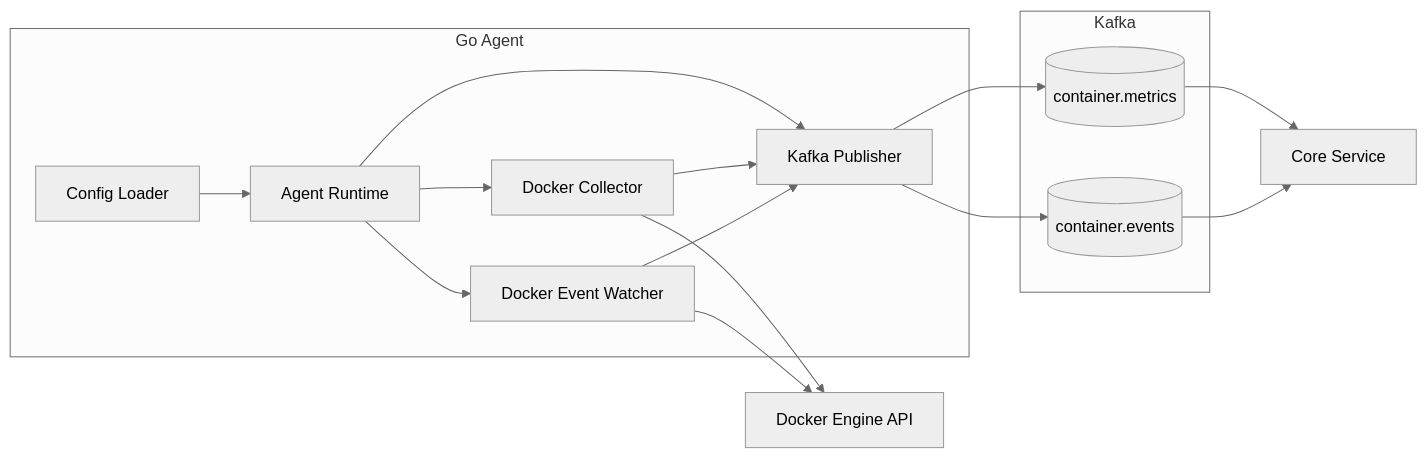
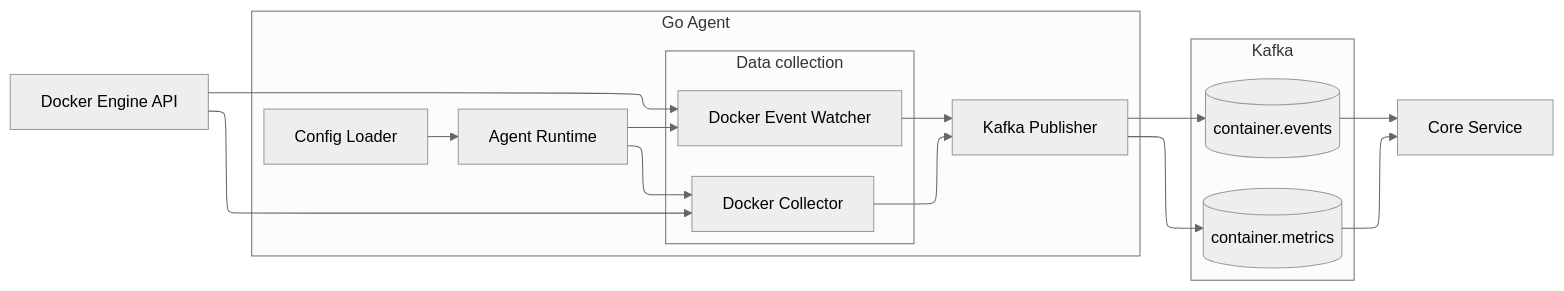
The first of 24 diagrams in docs/uml-diagrams.md (MTXIK/container-monitoring), drawn with Mermaid (neutral theme) before and after one commit. The commit also changed other lines of this file, not shown here.

Commit message:
update diagrams

````diff
--- a/docs/uml-diagrams.md
+++ b/docs/uml-diagrams.md
@@ -11,32 +11,37 @@
 ```mermaid
+%%{init: {"flowchart": {"defaultRenderer": "elk"}} }%%
 flowchart LR
     DockerAPI["Docker Engine API"]
 
     subgraph Agent["Go Agent"]
+        direction TB
         ConfigLoader["Config Loader"]
         Runtime["Agent Runtime"]
-        DockerCollector["Docker Collector"]
-        EventWatcher["Docker Event Watcher"]
+        subgraph Collectors["Data collection"]
+            direction TB
+            DockerCollector["Docker Collector"]
+            EventWatcher["Docker Event Watcher"]
+        end
         KafkaPublisher["Kafka Publisher"]
     end
 
     subgraph Kafka["Kafka"]
+        direction TB
         MetricsTopic[("container.metrics")]
         EventsTopic[("container.events")]
     end
 
     Core["Core Service"]
 
     ConfigLoader --> Runtime
     Runtime --> DockerCollector
     Runtime --> EventWatcher
-    Runtime --> KafkaPublisher
-    DockerCollector --> DockerAPI
-    EventWatcher --> DockerAPI
+    DockerAPI --> DockerCollector
+    DockerAPI --> EventWatcher
     DockerCollector --> KafkaPublisher
     EventWatcher --> KafkaPublisher
     KafkaPublisher --> MetricsTopic
     KafkaPublisher --> EventsTopic
     MetricsTopic --> Core
     EventsTopic --> Core
 ```
````
